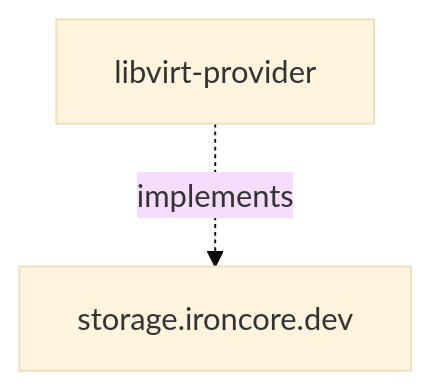
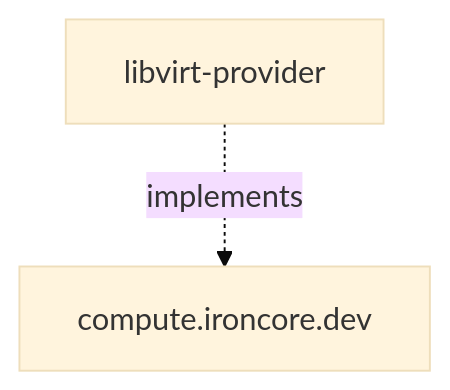
Before and after one commit to ironcore-dev/libvirt-provider: the diagram in docs/README.md, drawn with Mermaid (base theme).

Commit message:
Minor docs fix (#543)

````diff
--- a/docs/README.md
+++ b/docs/README.md
@@ -5,4 +5,4 @@
 ```mermaid
 graph TD
-    libvirt-provider -. implements .-> storage.ironcore.dev
+    libvirt-provider -. implements .-> compute.ironcore.dev
 ```
````
